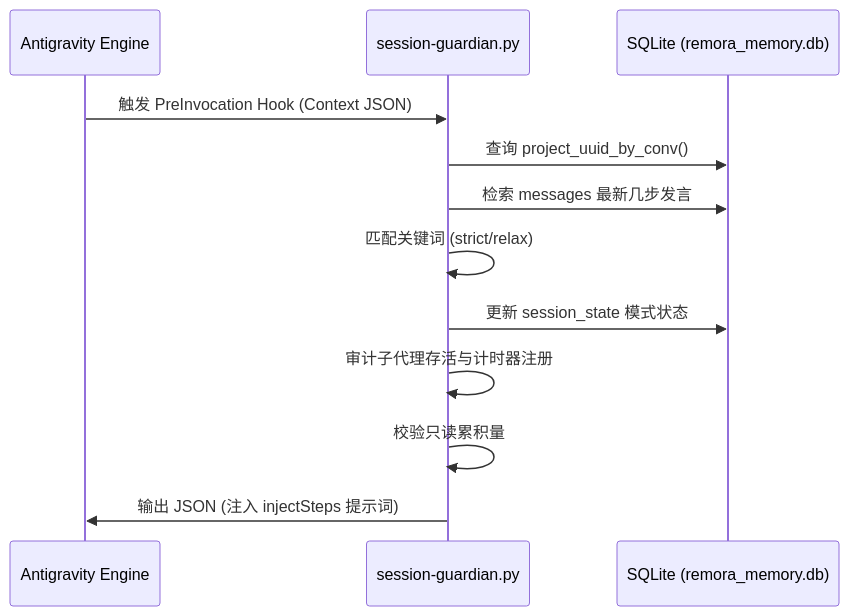
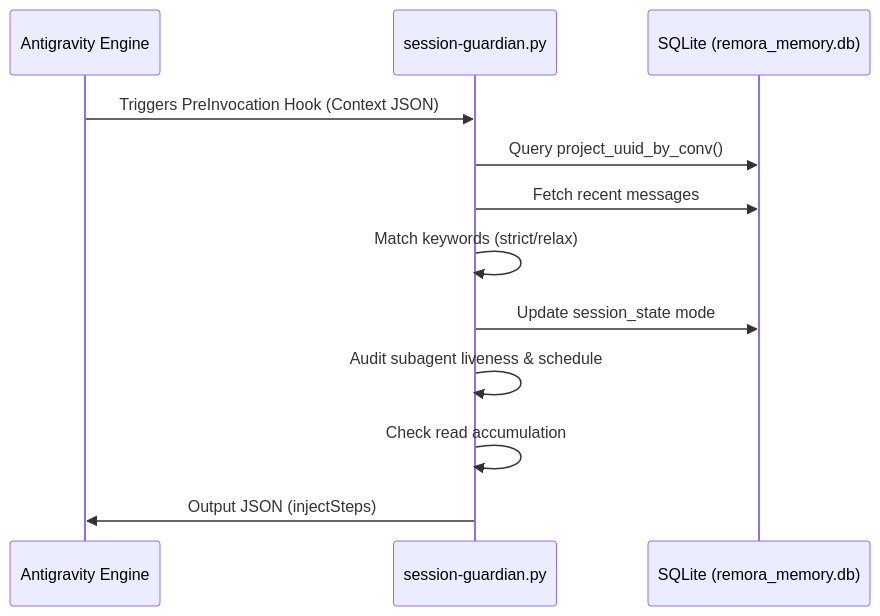
One commit to pseudoming/remora-plugin changed the first of 11 diagrams in docs/business_flows.md. Above: the diagram before and after it, drawn with Mermaid. The commit also changed other lines of this file and 10 other files, not shown here.

````diff
--- a/docs/business_flows.md
+++ b/docs/business_flows.md
@@ -30,15 +32,15 @@
 ```mermaid
 sequenceDiagram
     participant AGY as Antigravity Engine
     participant SG as session-guardian.py
     participant DB as SQLite (remora_memory.db)
     
-    AGY->>SG: 触发 PreInvocation Hook (Context JSON)
-    SG->>DB: 查询 project_uuid_by_conv()
-    SG->>DB: 检索 messages 最新几步发言
-    SG->>SG: 匹配关键词 (strict/relax)
-    SG->>DB: 更新 session_state 模式状态
-    SG->>SG: 审计子代理存活与计时器注册
-    SG->>SG: 校验只读累积量
-    SG->>AGY: 输出 JSON (注入 injectSteps 提示词)
+    AGY->>SG: Triggers PreInvocation Hook (Context JSON)
+    SG->>DB: Query project_uuid_by_conv()
+    SG->>DB: Fetch recent messages
+    SG->>SG: Match keywords (strict/relax)
+    SG->>DB: Update session_state mode
+    SG->>SG: Audit subagent liveness & schedule
+    SG->>SG: Check read accumulation
+    SG->>AGY: Output JSON (injectSteps)
 ```
````
